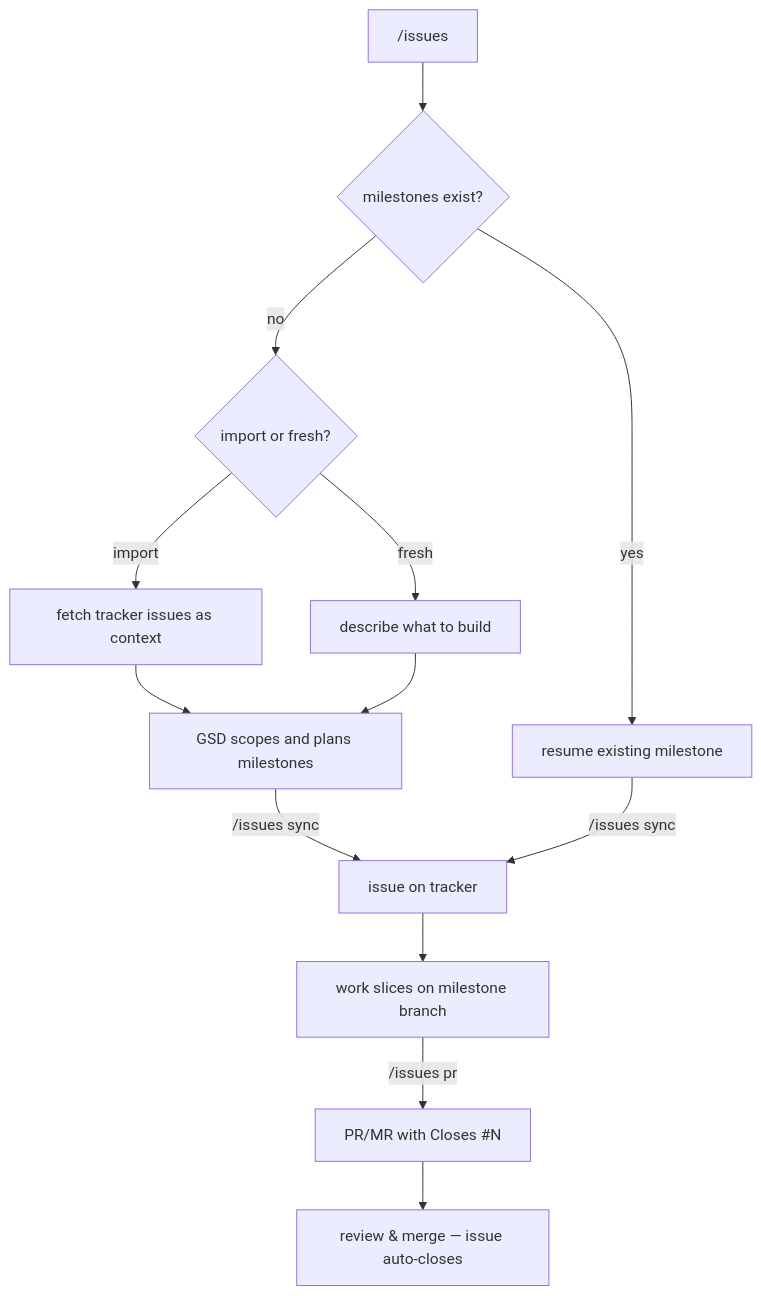
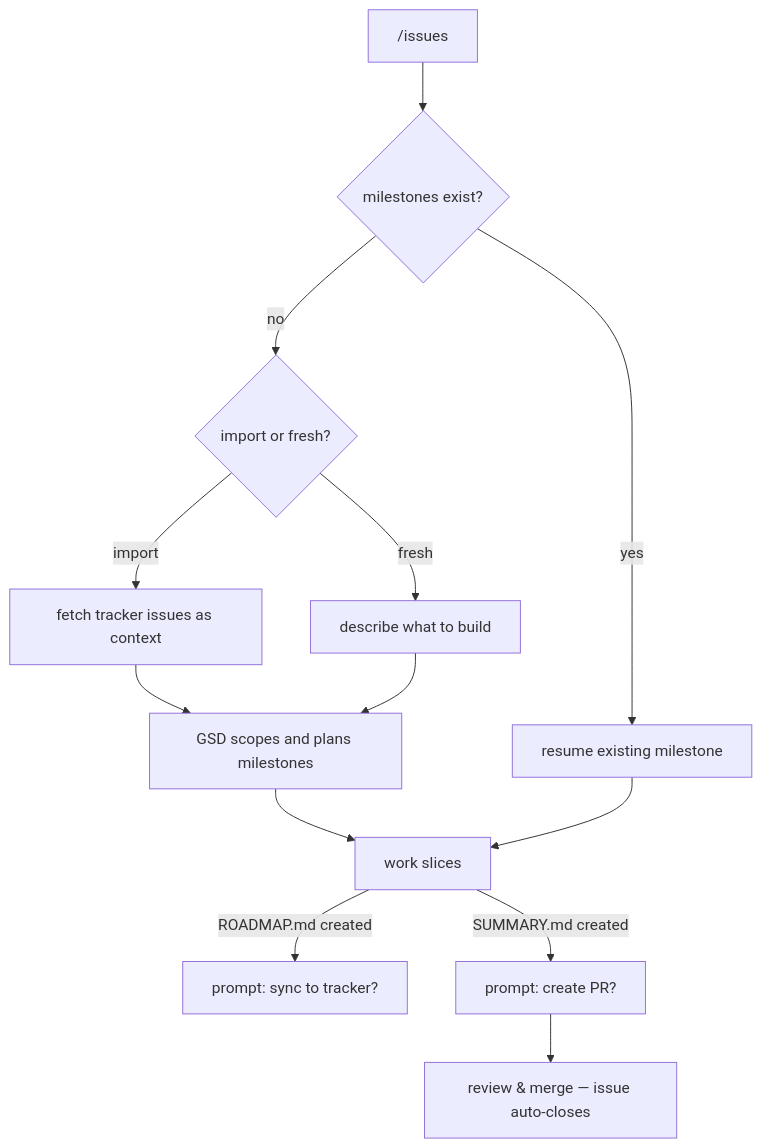
The first of 2 diagrams in README.md (casimp/gsd-issues), drawn with Mermaid before and after one commit. The commit also changed other lines of this file and 15 other files, not shown here.

First line of the commit message:
feat(M005/S01): Prompted flow in agent_end with confirmation messages

````diff
--- a/README.md
+++ b/README.md
@@ -27,15 +29,15 @@
 ```mermaid
 flowchart TD
     A["/issues"] --> B{milestones exist?}
     B -- no --> C{import or fresh?}
     C -- import --> D[fetch tracker issues as context]
     C -- fresh --> E[describe what to build]
     D --> F[GSD scopes and plans milestones]
     E --> F
     B -- yes --> G[resume existing milestone]
-    F -- "/issues sync" --> H[issue on tracker]
-    G -- "/issues sync" --> H
-    H --> I[work slices on milestone branch]
-    I -- "/issues pr" --> J["PR/MR with Closes #N"]
+    F --> H[work slices]
+    G --> H
+    H -- ROADMAP.md created --> I["prompt: sync to tracker?"]
+    H -- SUMMARY.md created --> J["prompt: create PR?"]
     J --> K[review & merge — issue auto-closes]
 ```
````
